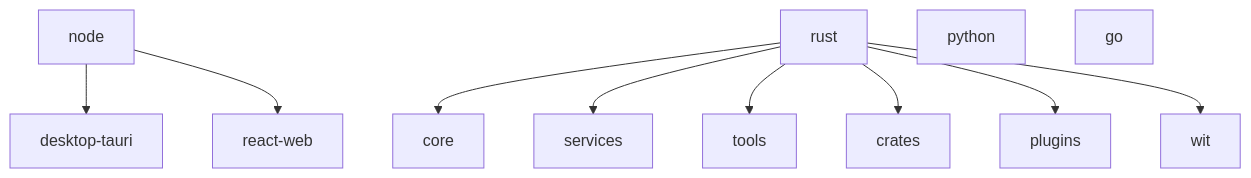
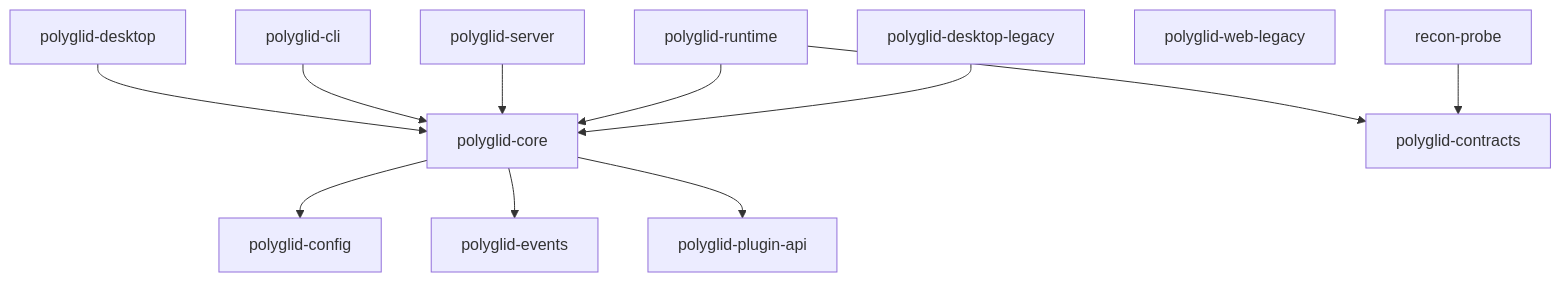
Before and after one commit to anonto42/poly.glid_security_workspace: the diagram in .workspace/docs/diagrams/architecture-overview.md, drawn with Mermaid. The commit also changed 163 other files, not shown here.

````diff
--- a/.workspace/docs/diagrams/architecture-overview.md
+++ b/.workspace/docs/diagrams/architecture-overview.md
@@ -1,24 +1,26 @@
 ```mermaid
 graph TD
-  node[node]
-  desktop_tauri[desktop-tauri]
-  node --> desktop_tauri
-  react_web[react-web]
-  node --> react_web
-  rust[rust]
-  core[core]
-  rust --> core
-  services[services]
-  rust --> services
-  tools[tools]
-  rust --> tools
-  crates[crates]
-  rust --> crates
-  plugins[plugins]
-  rust --> plugins
-  wit[wit]
-  rust --> wit
-  python[python]
-  go[go]
+  desktop[polyglid-desktop]
+  cli[polyglid-cli]
+  server[polyglid-server]
+  core[polyglid-core]
+  runtime[polyglid-runtime]
+  config[polyglid-config]
+  events[polyglid-events]
+  api[polyglid-plugin-api]
+  contracts[polyglid-contracts]
+  plugin[recon-probe]
+  legacy_web[polyglid-web-legacy]
+  legacy_desktop[polyglid-desktop-legacy]
+  desktop --> core
+  cli --> core
+  server --> core
+  runtime --> core
+  runtime --> contracts
+  plugin --> contracts
+  core --> config
+  core --> events
+  core --> api
+  legacy_desktop --> core
 
 ```
````
